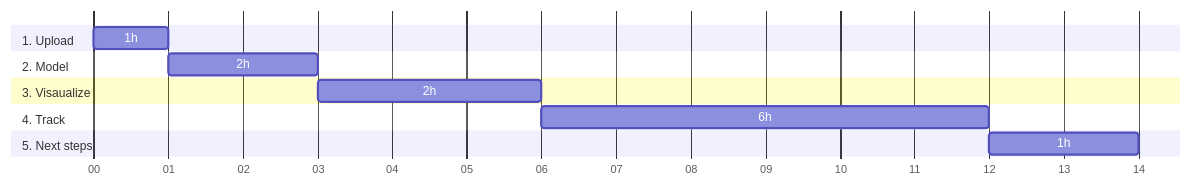
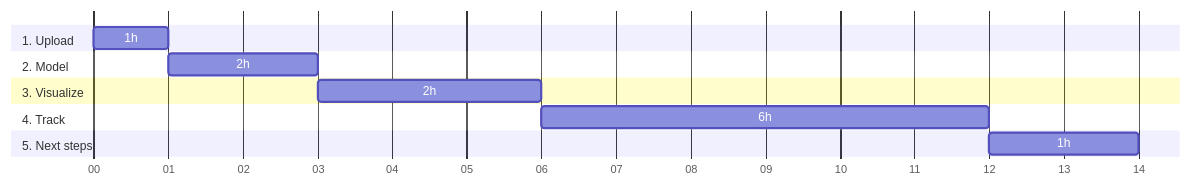
The first of 2 diagrams in content/_index.md (snowplow/mobile-hybrid-apps-accelerator), drawn with Mermaid before and after one commit. The commit also changed other lines of this file and 9 other files, not shown here.

```diff
--- a/content/_index.md
+++ b/content/_index.md
@@ -48,16 +48,16 @@
 {{<mermaid>}}
 gantt
         dateFormat  HH-mm
         axisFormat %M
         section 1. Upload
         1h          :upload, 00-00, 1m
         section 2. Model
         2h          :model, after upload, 2m
-        section 3. Visaualize
+        section 3. Visualize
         2h          :visualize, after model, 3m
         section 4. Track
         6h          :track, after visualize, 6m
         section 5. Next steps
         1h          :next steps, after track, 2m
 
 {{</mermaid >}}
```
